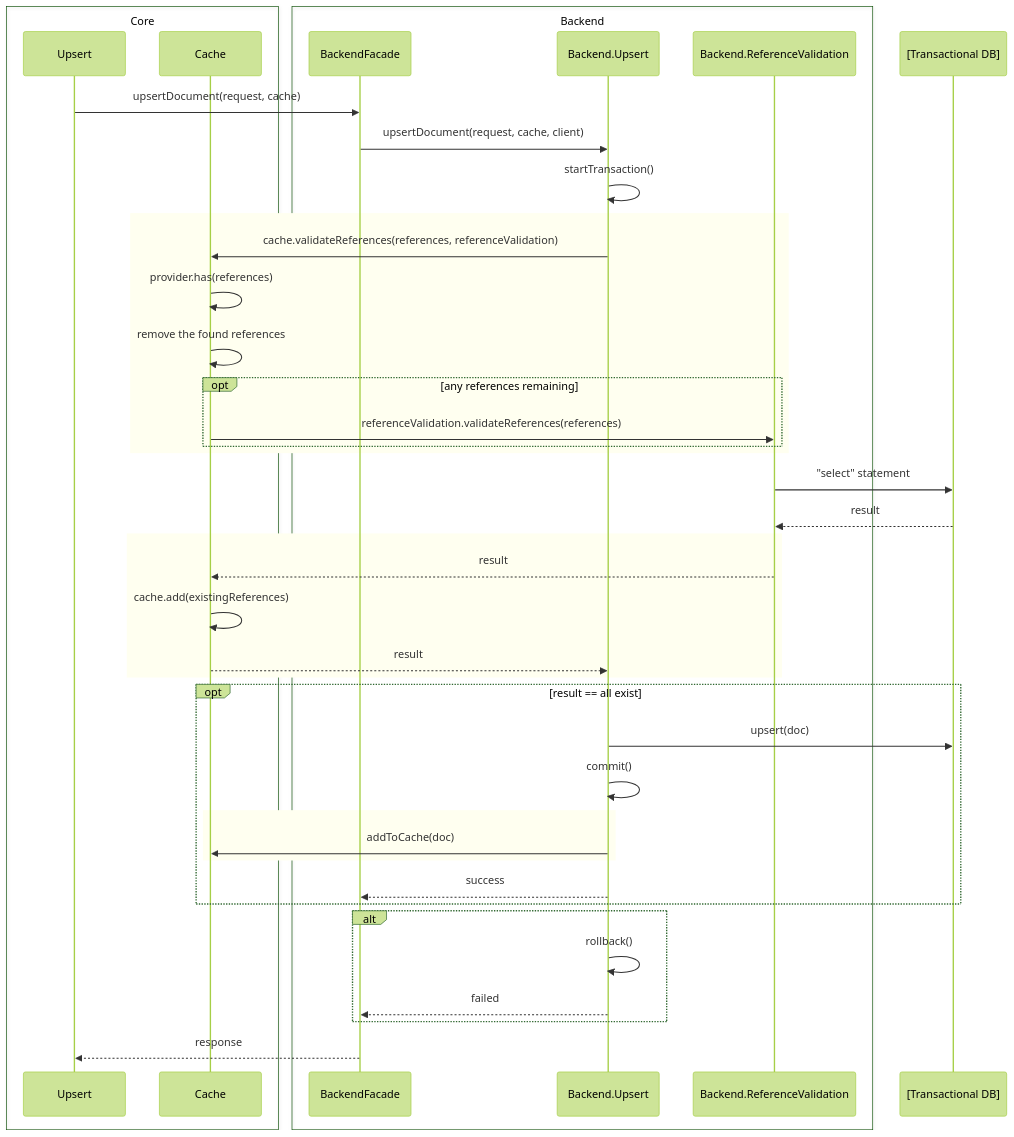
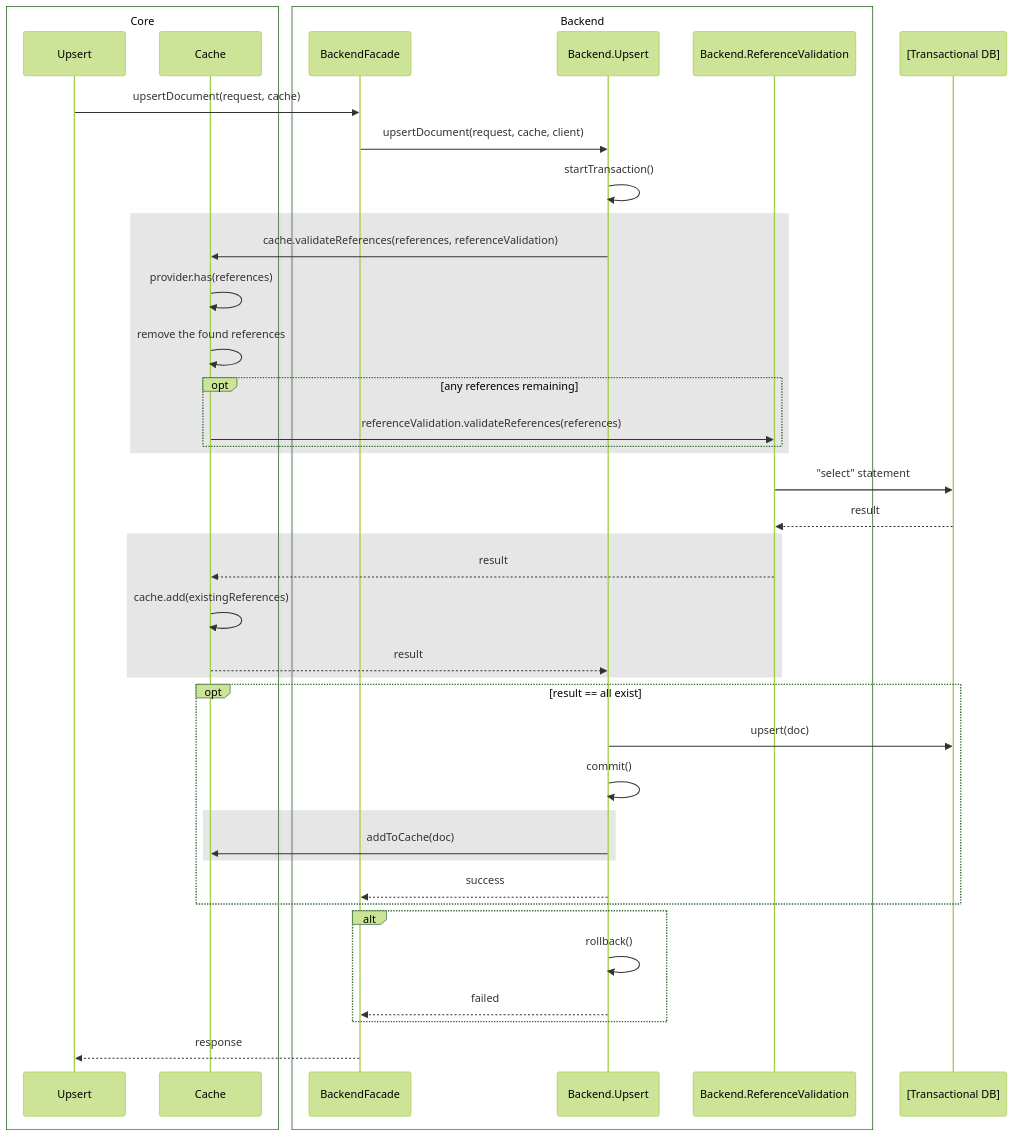
Before and after one commit to Ed-Fi-Exchange-OSS/Meadowlark: the fourth of 4 diagrams in docs/design/caching/README.md, drawn with Mermaid (forest theme).

Commit message:
adjust background color

````diff
--- a/docs/design/caching/README.md
+++ b/docs/design/caching/README.md
@@ -228,58 +228,58 @@
 ```mermaid
 sequenceDiagram
     box Core
         participant B as Upsert
         participant G as Cache
     end
 
     box Backend
         participant C as BackendFacade
         participant D as Backend.Upsert
         participant F as Backend.ReferenceValidation
     end
 
     participant E as [Transactional DB]
 
     B->>C: upsertDocument(request, cache)
     C->>D: upsertDocument(request, cache, client)
     D->>D: startTransaction()
 
-    rect ivory
+    rect rgba(128, 128, 128, .2)
         D->>G: cache.validateReferences(references, referenceValidation)
 
         G->>G: provider.has(references)
         G->>G: remove the found references
 
         opt any references remaining
             G->>F: referenceValidation.validateReferences(references)
         end
     end
 
     F->>E: "select" statement
     E-->>F: result
 
-    rect ivory
+    rect rgba(128, 128, 128, .2)
         F-->>G: result
 
         G->>G: cache.add(existingReferences)
 
         G-->>D: result
     end
 
     opt result == all exist
       D->>E: upsert(doc)
       D->>D: commit()
 
-      rect ivory
+      rect rgba(128, 128, 128, .2)
         D->>G: addToCache(doc)
       end
 
       D-->>C: success
     end
     alt
       D->>D: rollback()
       D-->>C: failed
     end
 
     C-->>B: response
 ```
````
